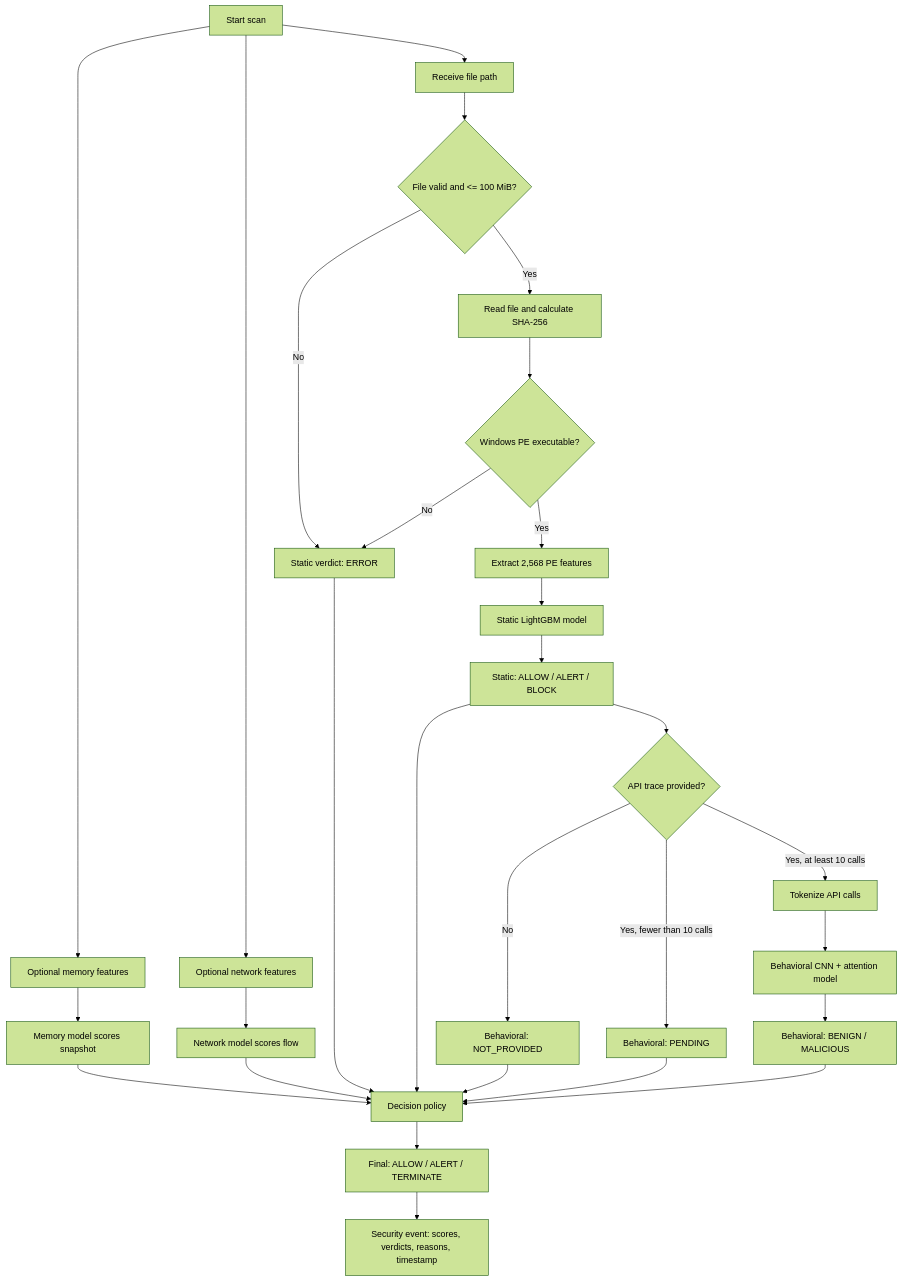
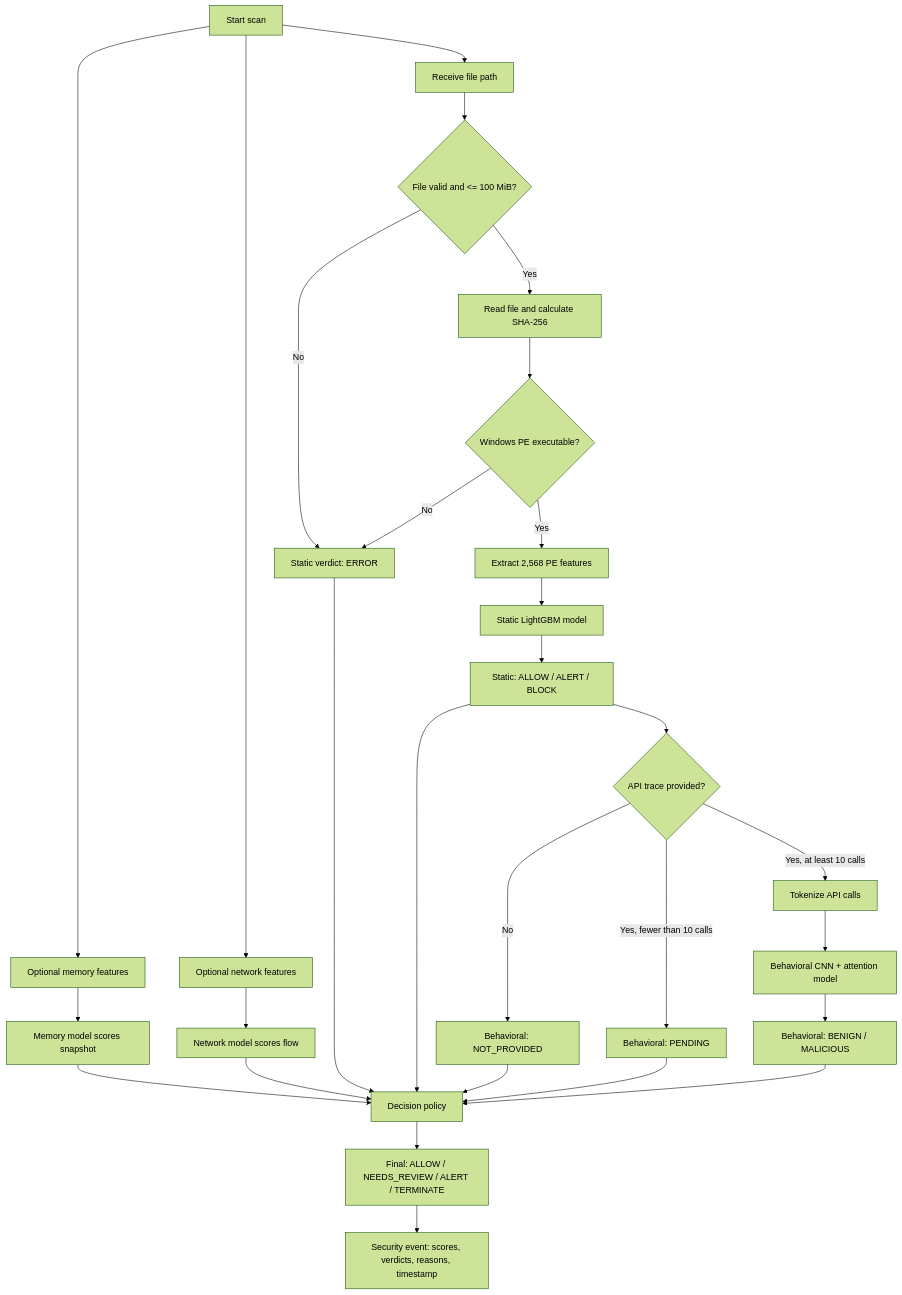
Before and after one commit to raghav-works/edr-ml: the second of 3 diagrams in ARCHITECTURE.md, drawn with Mermaid (forest theme). The commit also changed other lines of this file and 7 other files, not shown here.

````diff
--- a/ARCHITECTURE.md
+++ b/ARCHITECTURE.md
@@ -62,35 +62,35 @@
 ```mermaid
 flowchart TD
     A[Start scan] --> B[Receive file path]
     A --> M[Optional memory features]
     A --> N[Optional network features]
 
     M --> M1[Memory model scores snapshot]
     N --> N1[Network model scores flow]
     M1 --> D[Decision policy]
     N1 --> D
 
     B --> C{File valid and <= 100 MiB?}
     C -->|No| E[Static verdict: ERROR]
     C -->|Yes| F[Read file and calculate SHA-256]
     F --> G{Windows PE executable?}
     G -->|No| E
     G -->|Yes| H[Extract 2,568 PE features]
     H --> I[Static LightGBM model]
     I --> J[Static: ALLOW / ALERT / BLOCK]
 
     J --> K{API trace provided?}
     K -->|No| L[Behavioral: NOT_PROVIDED]
     K -->|Yes, fewer than 10 calls| P[Behavioral: PENDING]
     K -->|Yes, at least 10 calls| Q[Tokenize API calls]
     Q --> R[Behavioral CNN + attention model]
     R --> S[Behavioral: BENIGN / MALICIOUS]
 
     E --> D
     J --> D
     L --> D
     P --> D
     S --> D
-    D --> T[Final: ALLOW / ALERT / TERMINATE]
+    D --> T[Final: ALLOW / NEEDS_REVIEW / ALERT / TERMINATE]
     T --> U[Security event: scores, verdicts, reasons, timestamp]
 ```
````
